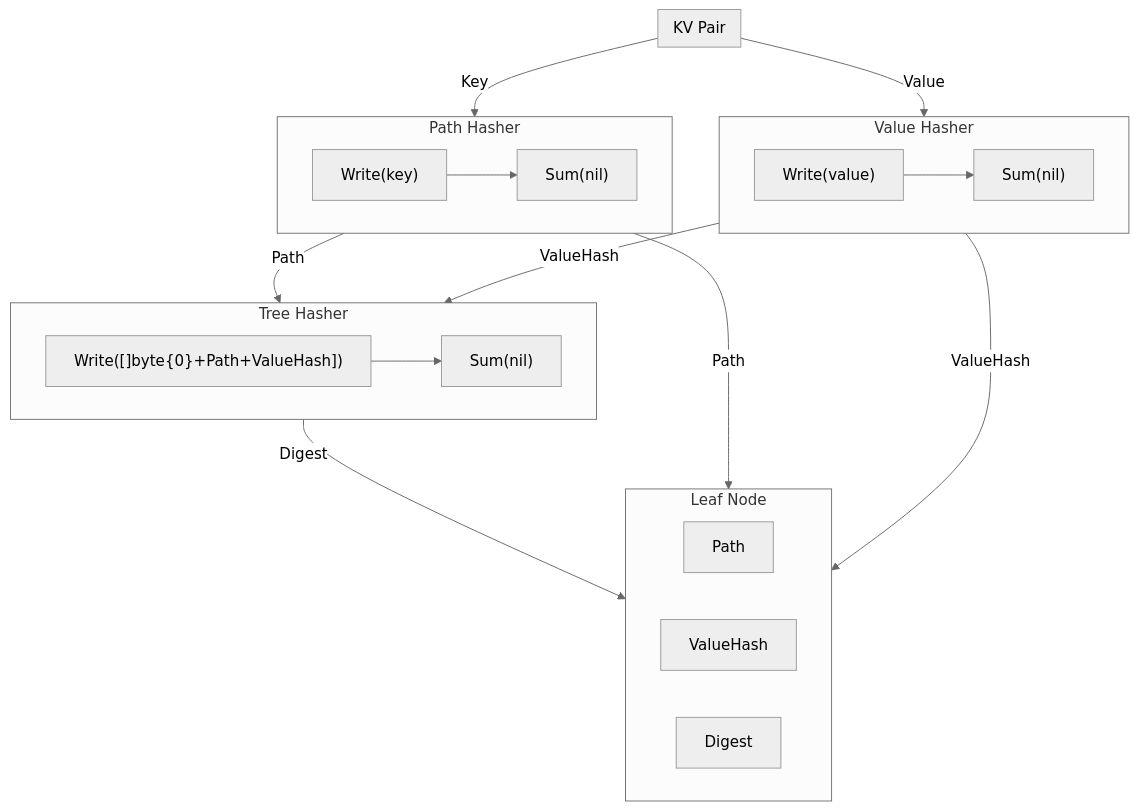
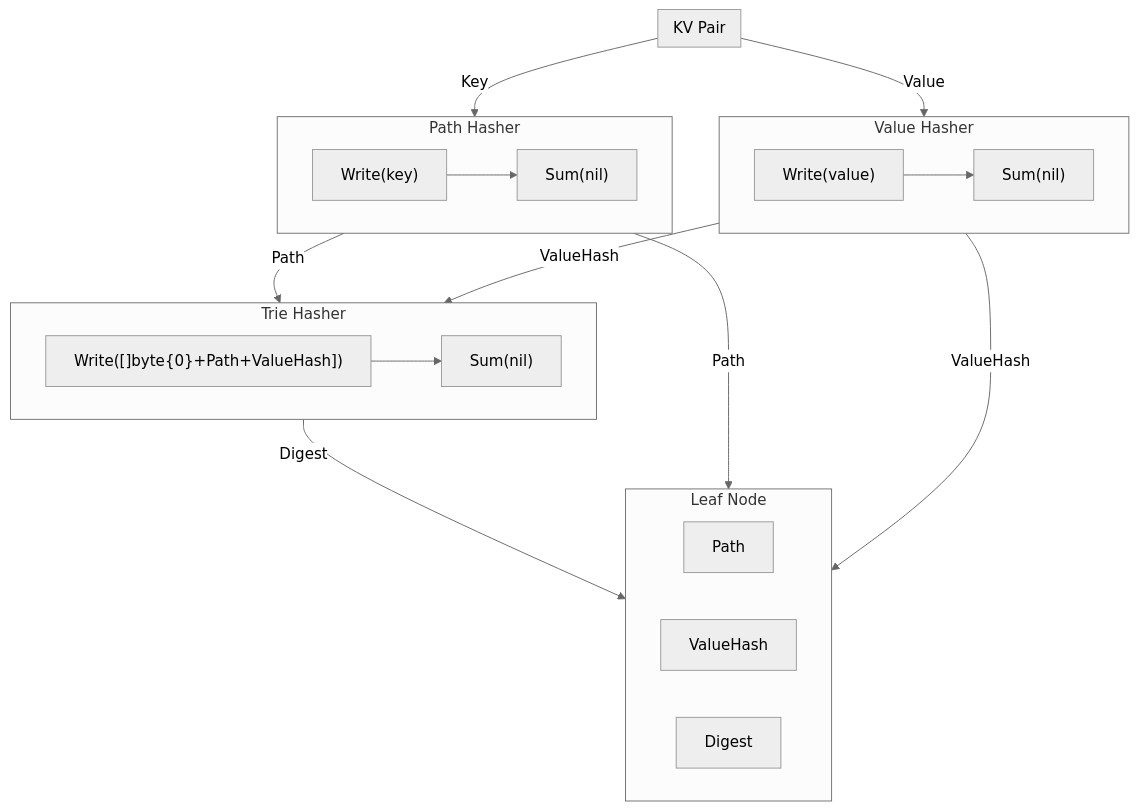
Before and after one commit to pokt-network/smt: the fifth of 5 diagrams in docs/SMT.md, drawn with Mermaid (neutral theme). The commit also changed other lines of this file and 25 other files, not shown here.

Commit message:
chore: replace instances of tree with trie (#31)

````diff
--- a/docs/SMT.md
+++ b/docs/SMT.md
@@ -309,32 +309,32 @@
 ```mermaid
 graph TD
 	subgraph L[Leaf Node]
 		A["Path"]
 		B["ValueHash"]
 		D["Digest"]
 	end
 	subgraph PH[Path Hasher]
 		E["Write(key)"]
 		F["Sum(nil)"]
 		E-->F
 	end
 	subgraph VH[Value Hasher]
 		G["Write(value)"]
 		H["Sum(nil)"]
 		G-->H
 	end
-	subgraph TH[Tree Hasher]
+	subgraph TH[Trie Hasher]
 		I["Write([]byte{0}+Path+ValueHash])"]
 		J["Sum(nil)"]
 		I-->J
 	end
 	subgraph KV[KV Pair]
 	end
 	KV --Key-->PH
 	KV --Value-->VH
 	PH --Path-->TH
 	VH --ValueHash-->TH
 	TH --Digest-->L
 	PH --Path-->L
 	VH --ValueHash-->L
 ```
````
